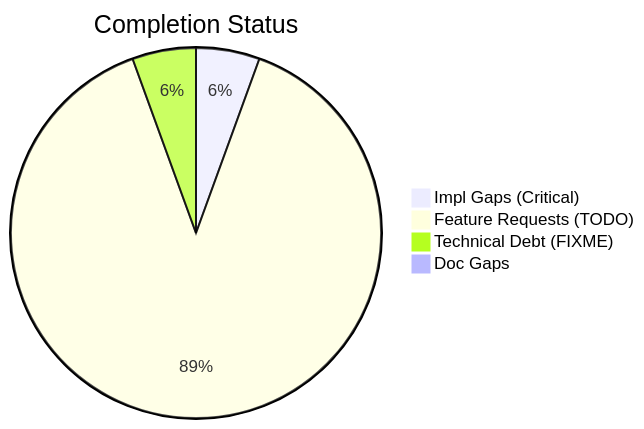
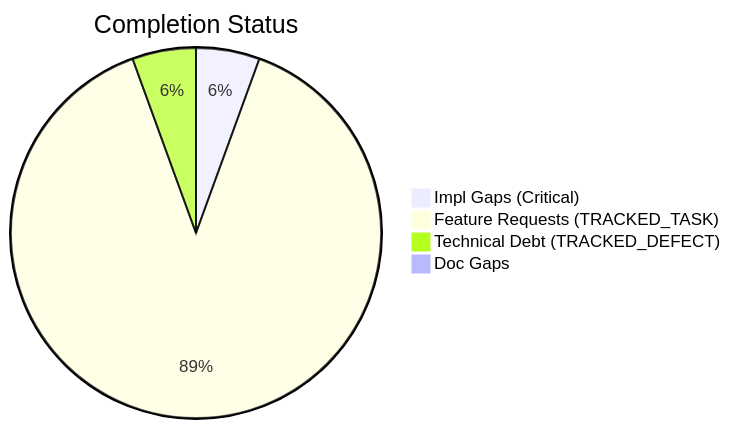
Before and after one commit to D-sorganization/Games: the first of 2 diagrams in docs/assessments/completist/Completist_Report_2026-02-17.md, drawn with Mermaid. The commit also changed other lines of this file and 10 other files, not shown here.

````diff
--- a/docs/assessments/completist/Completist_Report_2026-02-17.md
+++ b/docs/assessments/completist/Completist_Report_2026-02-17.md
@@ -11,7 +11,7 @@
 ```mermaid
 pie title Completion Status
     "Impl Gaps (Critical)" : 1
-    "Feature Requests (TODO)" : 16
-    "Technical Debt (FIXME)" : 1
+    "Feature Requests (TRACKED_TASK)" : 16
+    "Technical Debt (TRACKED_DEFECT)" : 1
     "Doc Gaps" : 0
 ```
````
